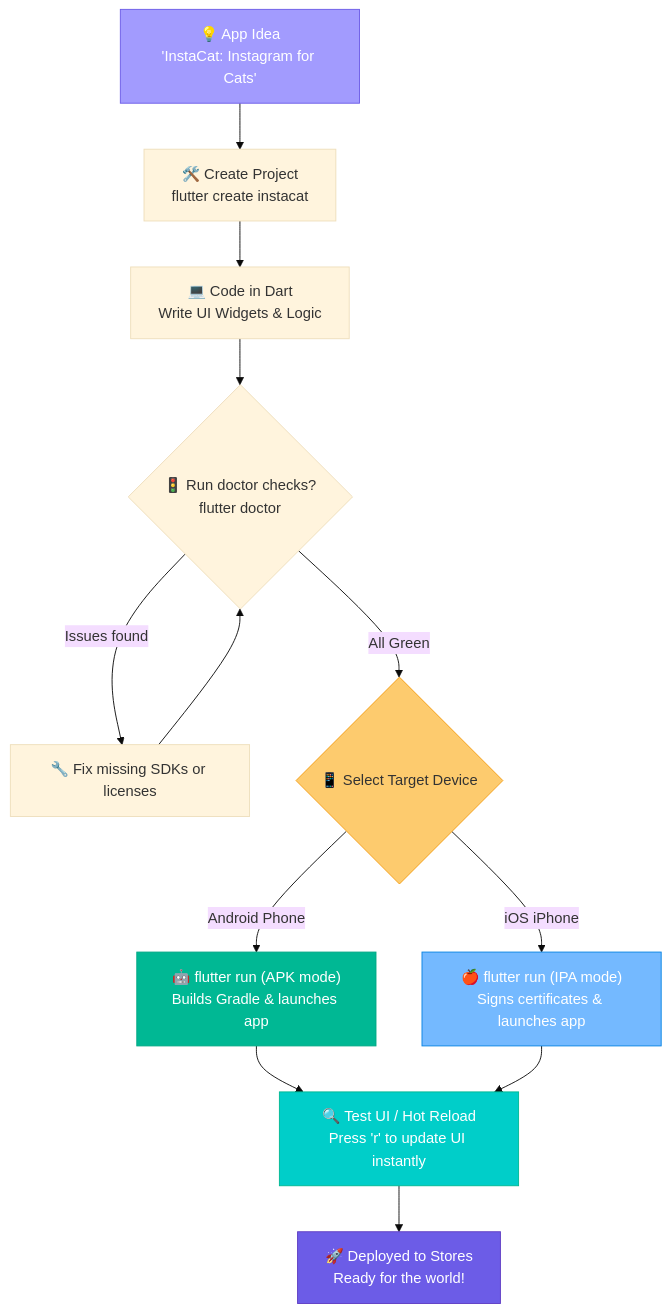
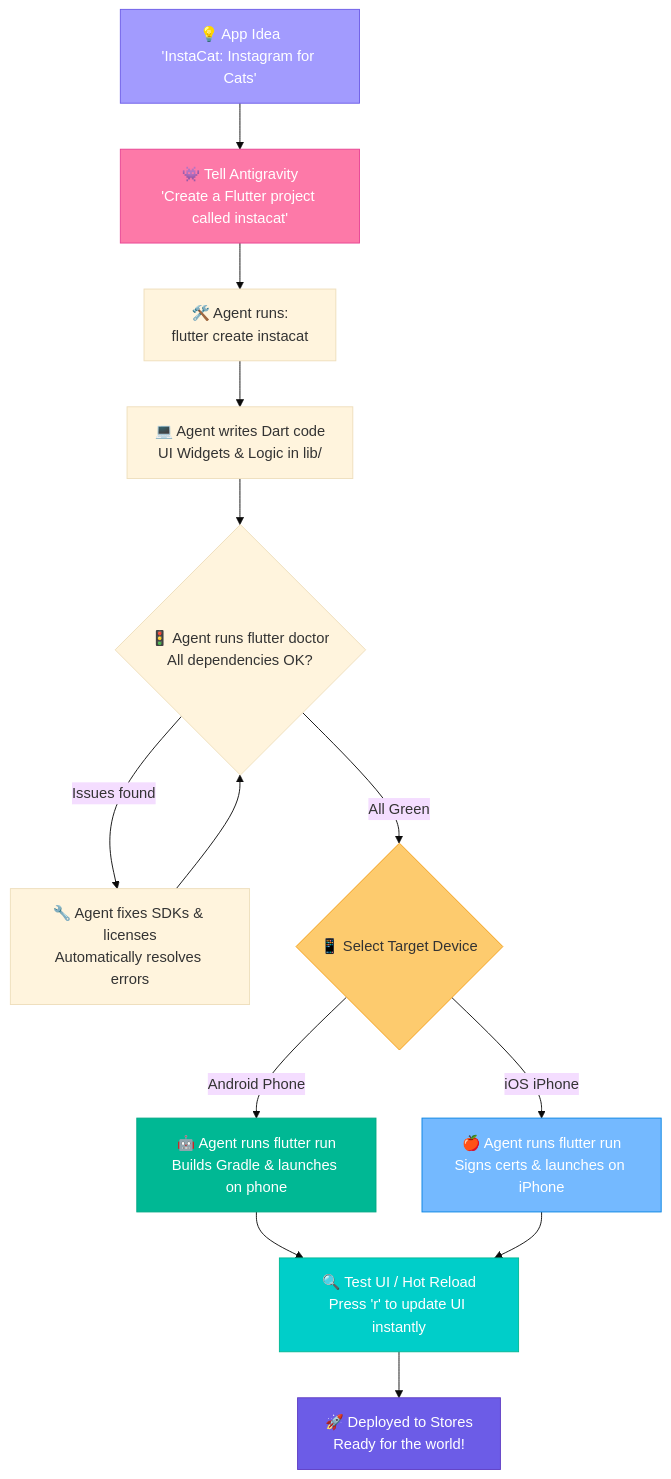
Before and after one commit to bharathkumar000/guides: the first of 3 diagrams in mobile app.md, drawn with Mermaid (base theme). The commit also changed other lines of this file, not shown here.

Commit message:
Reframe mobile app.md around Antigravity integration

````diff
--- a/mobile app.md
+++ b/mobile app.md
@@ -21,21 +21,23 @@
 ```mermaid
 flowchart TD
-    Idea["💡 App Idea\n'InstaCat: Instagram for Cats'"] --> Create["🛠️ Create Project\nflutter create instacat"]
-    Create --> Dev["💻 Code in Dart\nWrite UI Widgets & Logic"]
-    Dev --> Check{"🚦 Run doctor checks?\nflutter doctor"}
-    Check -->|Issues found| Resolve["🔧 Fix missing SDKs or licenses"]
+    Idea["💡 App Idea\n'InstaCat: Instagram for Cats'"] --> AGY["👾 Tell Antigravity\n'Create a Flutter project called instacat'"]
+    AGY --> Create["🛠️ Agent runs:\nflutter create instacat"]
+    Create --> Dev["💻 Agent writes Dart code\nUI Widgets & Logic in lib/"]
+    Dev --> Check{"🚦 Agent runs flutter doctor\nAll dependencies OK?"}
+    Check -->|Issues found| Resolve["🔧 Agent fixes SDKs & licenses\nAutomatically resolves errors"]
     Resolve --> Check
     Check -->|All Green| Run{"📱 Select Target Device"}
-    Run -->|Android Phone| RunAndroid["🤖 flutter run (APK mode)\nBuilds Gradle & launches app"]
-    Run -->|iOS iPhone| RuniOS["🍎 flutter run (IPA mode)\nSigns certificates & launches app"]
+    Run -->|Android Phone| RunAndroid["🤖 Agent runs flutter run\nBuilds Gradle & launches on phone"]
+    Run -->|iOS iPhone| RuniOS["🍎 Agent runs flutter run\nSigns certs & launches on iPhone"]
     RunAndroid --> Test["🔍 Test UI / Hot Reload\nPress 'r' to update UI instantly"]
     RuniOS --> Test
     Test --> Ship["🚀 Deployed to Stores\nReady for the world!"]
 
     style Idea fill:#a29bfe,stroke:#6c5ce7,color:#fff
+    style AGY fill:#fd79a8,stroke:#e84393,color:#fff
     style Run fill:#fdcb6e,stroke:#f39c12,color:#333
     style RunAndroid fill:#00b894,stroke:#00a884,color:#fff
     style RuniOS fill:#74b9ff,stroke:#0984e3,color:#fff
     style Test fill:#00cec9,stroke:#00b894,color:#fff
     style Ship fill:#6c5ce7,stroke:#5f3dc4,color:#fff
 ```
````
